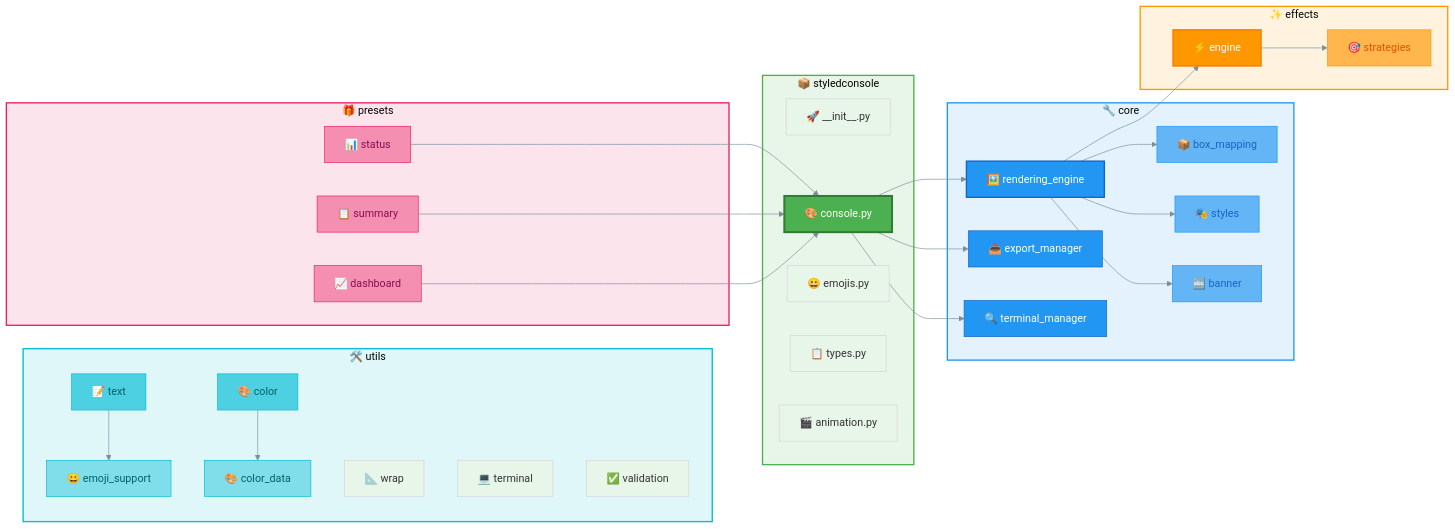
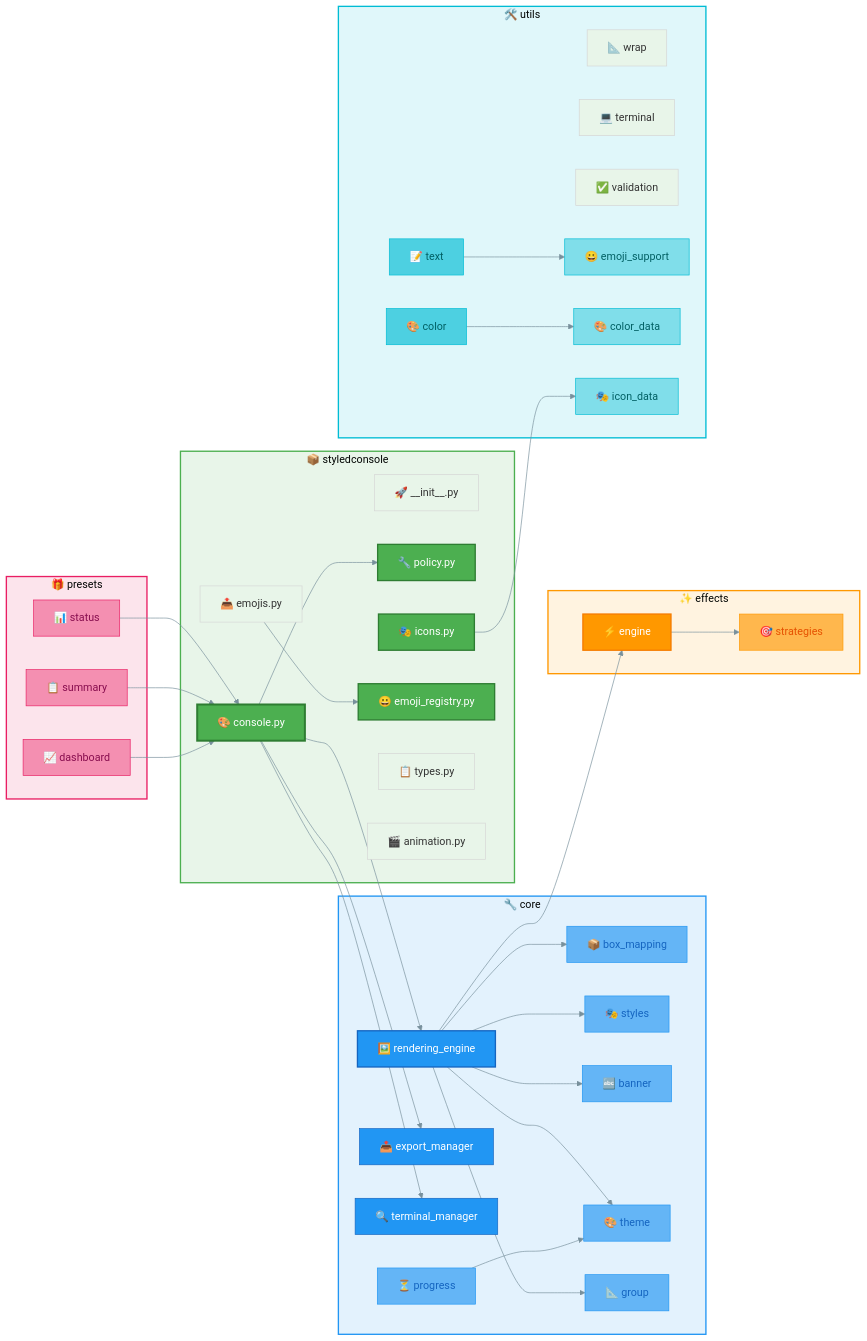
Before and after one commit to ksokolowski/StyledConsole: the fifth of 13 diagrams in docs/DEVELOPER_GUIDE.md, drawn with Mermaid. The commit also changed other lines of this file, not shown here.

First line of the commit message:
docs(developer): comprehensive architecture update for v0.9.1

```diff
--- a/docs/DEVELOPER_GUIDE.md
+++ b/docs/DEVELOPER_GUIDE.md
@@ -233,7 +255,10 @@
     subgraph styledconsole["📦 styledconsole"]
         INIT[🚀 __init__.py]
         CON[🎨 console.py]
-        EMO[😀 emojis.py]
+        POL[🔧 policy.py]
+        ICO[🎭 icons.py]
+        EREG[😀 emoji_registry.py]
+        EMO[📤 emojis.py]
         TYP[📋 types.py]
         ANI[🎬 animation.py]
     end
@@ -245,6 +270,9 @@
         BM[📦 box_mapping]
         ST[🎭 styles]
         BN[🔤 banner]
+        TH[🎨 theme]
+        GR[📐 group]
+        PR[⏳ progress]
     end
 
     subgraph effects["✨ effects"]
@@ -260,6 +288,7 @@
         VAL[✅ validation]
         ES[😀 emoji_support]
         CD[🎨 color_data]
+        ICD[🎭 icon_data]
     end
 
     subgraph presets["🎁 presets"]
@@ -271,16 +300,22 @@
     CON --> RE
     CON --> EM
     CON --> TM
+    CON --> POL
     RE --> BM
     RE --> ST
     RE --> BN
+    RE --> TH
+    RE --> GR
     RE --> ENG
     ENG --> STR
     TXT --> ES
     CLR --> CD
+    ICO --> ICD
+    EMO --> EREG
     STA --> CON
     SUM --> CON
     DSH --> CON
+    PR --> TH
 
     style styledconsole fill:#E8F5E9,stroke:#4CAF50,stroke-width:2px
     style core fill:#E3F2FD,stroke:#2196F3,stroke-width:2px
@@ -289,6 +324,9 @@
     style presets fill:#FCE4EC,stroke:#E91E63,stroke-width:2px
 
     style CON fill:#4CAF50,color:#fff,stroke:#2E7D32,stroke-width:3px
+    style POL fill:#4CAF50,color:#fff,stroke:#2E7D32,stroke-width:2px
+    style ICO fill:#4CAF50,color:#fff,stroke:#2E7D32,stroke-width:2px
+    style EREG fill:#4CAF50,color:#fff,stroke:#2E7D32,stroke-width:2px
     style RE fill:#2196F3,color:#fff,stroke:#1565C0,stroke-width:2px
     style ENG fill:#FF9800,color:#fff,stroke:#F57C00,stroke-width:2px
     style EM fill:#2196F3,color:#fff,stroke:#1565C0
@@ -296,11 +334,15 @@
     style BM fill:#64B5F6,color:#1565C0,stroke:#2196F3
     style ST fill:#64B5F6,color:#1565C0,stroke:#2196F3
     style BN fill:#64B5F6,color:#1565C0,stroke:#2196F3
+    style TH fill:#64B5F6,color:#1565C0,stroke:#2196F3
+    style GR fill:#64B5F6,color:#1565C0,stroke:#2196F3
+    style PR fill:#64B5F6,color:#1565C0,stroke:#2196F3
     style STR fill:#FFB74D,color:#E65100,stroke:#FF9800
     style TXT fill:#4DD0E1,color:#006064,stroke:#00BCD4
     style CLR fill:#4DD0E1,color:#006064,stroke:#00BCD4
     style ES fill:#80DEEA,color:#006064,stroke:#00BCD4
     style CD fill:#80DEEA,color:#006064,stroke:#00BCD4
+    style ICD fill:#80DEEA,color:#006064,stroke:#00BCD4
     style STA fill:#F48FB1,color:#880E4F,stroke:#E91E63
     style SUM fill:#F48FB1,color:#880E4F,stroke:#E91E63
     style DSH fill:#F48FB1,color:#880E4F,stroke:#E91E63
```
